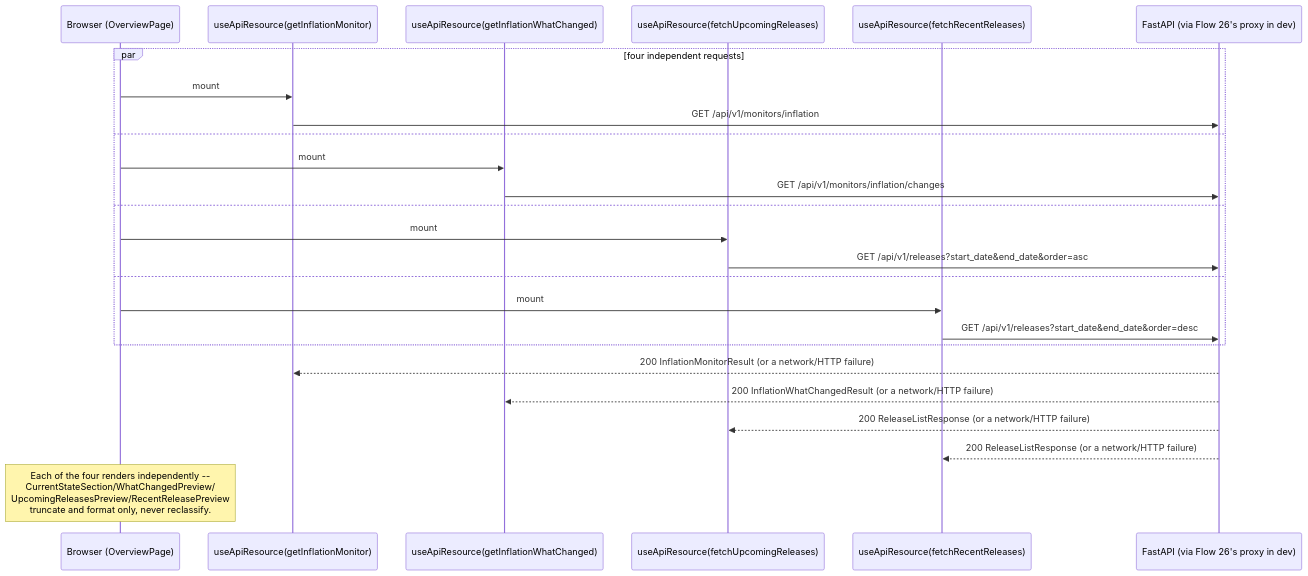
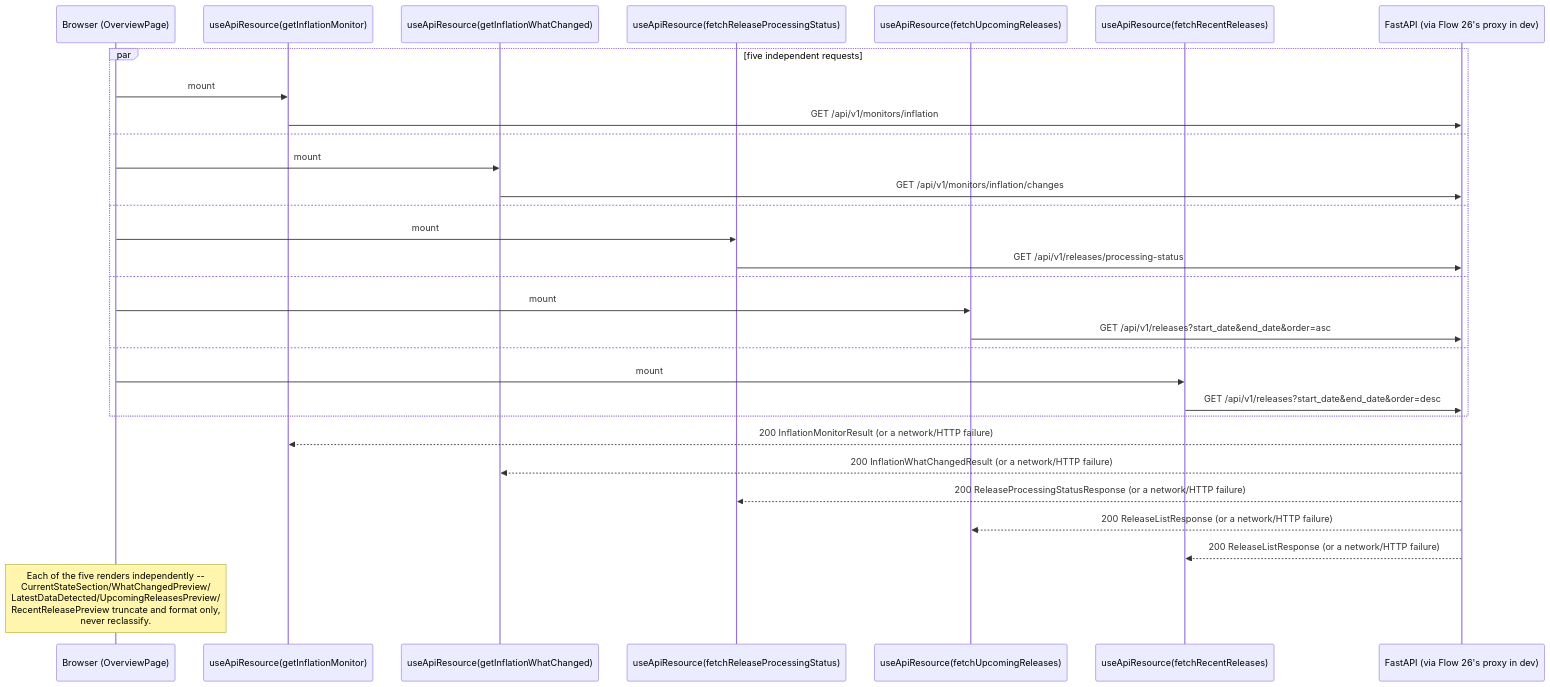
Before and after one commit to JerrodMcHenry/economic-intelligence: diagram 34 of 35 in docs/architecture/request-flows.md, drawn with Mermaid. The commit also changed other lines of this file and 18 other files, not shown here.

First line of the commit message:
Add Latest Data Detected Overview UI (#19C)

````diff
--- a/docs/architecture/request-flows.md
+++ b/docs/architecture/request-flows.md
@@ -1493,28 +1493,33 @@
 ```mermaid
 sequenceDiagram
     participant B as Browser (OverviewPage)
     participant H1 as useApiResource(getInflationMonitor)
     participant H2 as useApiResource(getInflationWhatChanged)
+    participant H5 as useApiResource(fetchReleaseProcessingStatus)
     participant H3 as useApiResource(fetchUpcomingReleases)
     participant H4 as useApiResource(fetchRecentReleases)
     participant API as FastAPI (via Flow 26's proxy in dev)
 
-    par four independent requests
+    par five independent requests
         B->>H1: mount
         H1->>API: GET /api/v1/monitors/inflation
     and
         B->>H2: mount
         H2->>API: GET /api/v1/monitors/inflation/changes
+    and
+        B->>H5: mount
+        H5->>API: GET /api/v1/releases/processing-status
     and
         B->>H3: mount
         H3->>API: GET /api/v1/releases?start_date&end_date&order=asc
     and
         B->>H4: mount
         H4->>API: GET /api/v1/releases?start_date&end_date&order=desc
     end
     API-->>H1: 200 InflationMonitorResult (or a network/HTTP failure)
     API-->>H2: 200 InflationWhatChangedResult (or a network/HTTP failure)
+    API-->>H5: 200 ReleaseProcessingStatusResponse (or a network/HTTP failure)
     API-->>H3: 200 ReleaseListResponse (or a network/HTTP failure)
     API-->>H4: 200 ReleaseListResponse (or a network/HTTP failure)
-    Note over B: Each of the four renders independently --<br/>CurrentStateSection/WhatChangedPreview/<br/>UpcomingReleasesPreview/RecentReleasePreview<br/>truncate and format only, never reclassify.
+    Note over B: Each of the five renders independently --<br/>CurrentStateSection/WhatChangedPreview/<br/>LatestDataDetected/UpcomingReleasesPreview/<br/>RecentReleasePreview truncate and format only,<br/>never reclassify.
 ```
````
